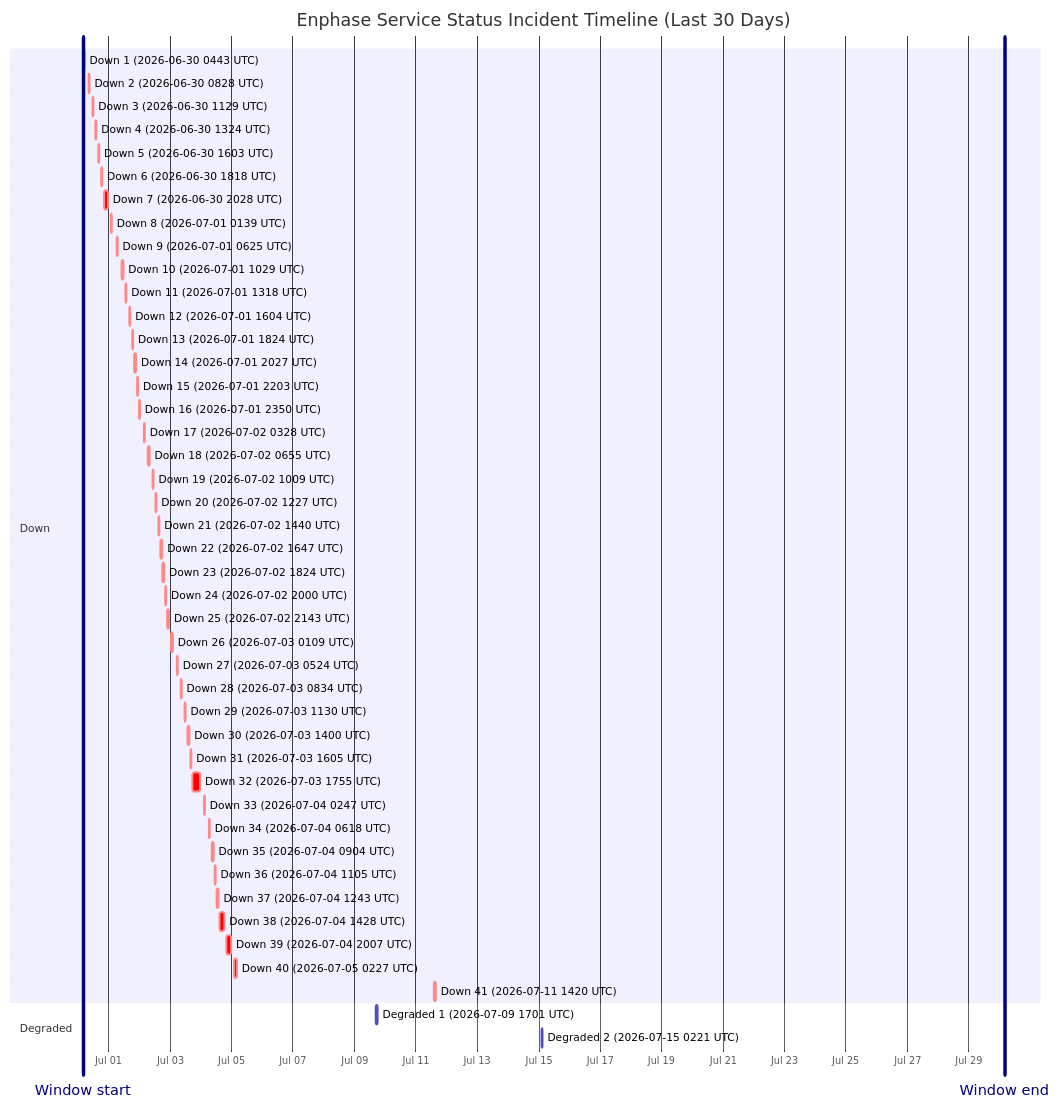
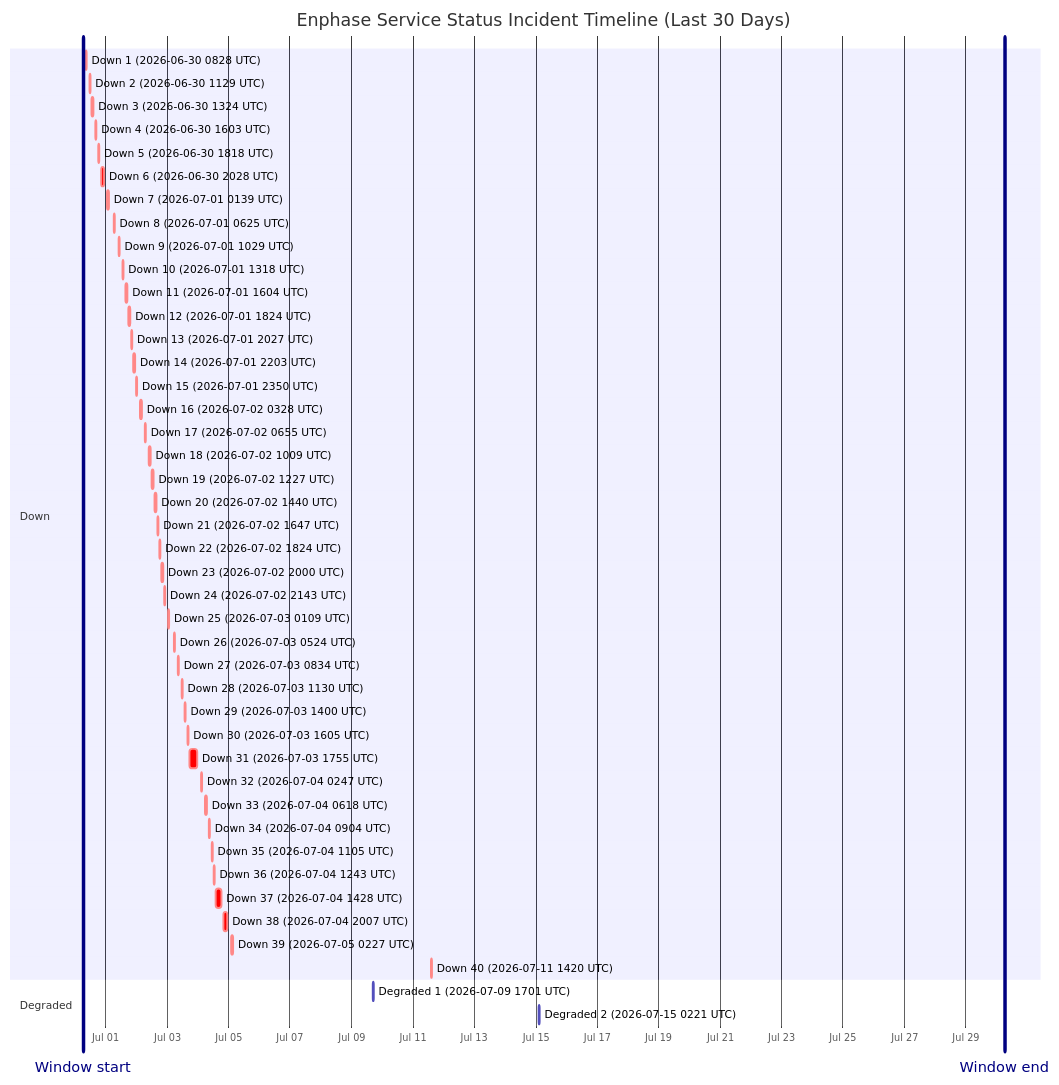
The diagram in wiki/Service-Status-History.md (barneyonline/ha-enphase-energy), drawn with Mermaid before and after one commit. The commit also changed other lines of this file and 3 other files, not shown here.

````diff
--- a/wiki/Service-Status-History.md
+++ b/wiki/Service-Status-History.md
@@ -14,53 +14,52 @@
 ```mermaid
 gantt
     title Enphase Service Status Incident Timeline (Last 30 Days)
     dateFormat  YYYY-MM-DDTHH:mm:ss
     axisFormat  %b %d
-    Window start :vert, window-start, 2026-06-30T03:55:11, 0ms
-    Window end :vert, window-end, 2026-07-30T03:55:11, 0ms
+    Window start :vert, window-start, 2026-06-30T06:26:01, 0ms
+    Window end :vert, window-end, 2026-07-30T06:26:01, 0ms
     section Down
-    Down 1 (2026-06-30 0443 UTC) :crit, down-1, 2026-06-30T04:43:54, 60m
-    Down 2 (2026-06-30 0828 UTC) :crit, down-2, 2026-06-30T08:28:43, 60m
-    Down 3 (2026-06-30 1129 UTC) :crit, down-3, 2026-06-30T11:29:15, 60m
-    Down 4 (2026-06-30 1324 UTC) :crit, down-4, 2026-06-30T13:24:25, 60m
-    Down 5 (2026-06-30 1603 UTC) :crit, down-5, 2026-06-30T16:03:26, 60m
-    Down 6 (2026-06-30 1818 UTC) :crit, down-6, 2026-06-30T18:18:39, 60m
-    Down 7 (2026-06-30 2028 UTC) :crit, down-7, 2026-06-30T20:28:54, 171m
-    Down 8 (2026-07-01 0139 UTC) :crit, down-8, 2026-07-01T01:39:18, 60m
-    Down 9 (2026-07-01 0625 UTC) :crit, down-9, 2026-07-01T06:25:35, 60m
-    Down 10 (2026-07-01 1029 UTC) :crit, down-10, 2026-07-01T10:29:24, 60m
-    Down 11 (2026-07-01 1318 UTC) :crit, down-11, 2026-07-01T13:18:31, 60m
-    Down 12 (2026-07-01 1604 UTC) :crit, down-12, 2026-07-01T16:04:29, 60m
-    Down 13 (2026-07-01 1824 UTC) :crit, down-13, 2026-07-01T18:24:21, 60m
-    Down 14 (2026-07-01 2027 UTC) :crit, down-14, 2026-07-01T20:27:17, 60m
-    Down 15 (2026-07-01 2203 UTC) :crit, down-15, 2026-07-01T22:03:46, 60m
-    Down 16 (2026-07-01 2350 UTC) :crit, down-16, 2026-07-01T23:50:52, 60m
-    Down 17 (2026-07-02 0328 UTC) :crit, down-17, 2026-07-02T03:28:33, 60m
-    Down 18 (2026-07-02 0655 UTC) :crit, down-18, 2026-07-02T06:55:07, 60m
-    Down 19 (2026-07-02 1009 UTC) :crit, down-19, 2026-07-02T10:09:15, 60m
-    Down 20 (2026-07-02 1227 UTC) :crit, down-20, 2026-07-02T12:27:49, 60m
-    Down 21 (2026-07-02 1440 UTC) :crit, down-21, 2026-07-02T14:40:53, 60m
-    Down 22 (2026-07-02 1647 UTC) :crit, down-22, 2026-07-02T16:47:47, 60m
-    Down 23 (2026-07-02 1824 UTC) :crit, down-23, 2026-07-02T18:24:26, 60m
-    Down 24 (2026-07-02 2000 UTC) :crit, down-24, 2026-07-02T20:00:57, 60m
-    Down 25 (2026-07-02 2143 UTC) :crit, down-25, 2026-07-02T21:43:52, 80m
-    Down 26 (2026-07-03 0109 UTC) :crit, down-26, 2026-07-03T01:09:19, 60m
-    Down 27 (2026-07-03 0524 UTC) :crit, down-27, 2026-07-03T05:24:23, 60m
-    Down 28 (2026-07-03 0834 UTC) :crit, down-28, 2026-07-03T08:34:05, 60m
-    Down 29 (2026-07-03 1130 UTC) :crit, down-29, 2026-07-03T11:30:41, 60m
-    Down 30 (2026-07-03 1400 UTC) :crit, down-30, 2026-07-03T14:00:48, 60m
-    Down 31 (2026-07-03 1605 UTC) :crit, down-31, 2026-07-03T16:05:49, 60m
-    Down 32 (2026-07-03 1755 UTC) :crit, down-32, 2026-07-03T17:55:54, 338m
-    Down 33 (2026-07-04 0247 UTC) :crit, down-33, 2026-07-04T02:47:22, 60m
-    Down 34 (2026-07-04 0618 UTC) :crit, down-34, 2026-07-04T06:18:09, 60m
-    Down 35 (2026-07-04 0904 UTC) :crit, down-35, 2026-07-04T09:04:41, 60m
-    Down 36 (2026-07-04 1105 UTC) :crit, down-36, 2026-07-04T11:05:21, 60m
-    Down 37 (2026-07-04 1243 UTC) :crit, down-37, 2026-07-04T12:43:25, 60m
-    Down 38 (2026-07-04 1428 UTC) :crit, down-38, 2026-07-04T14:28:07, 243m
-    Down 39 (2026-07-04 2007 UTC) :crit, down-39, 2026-07-04T20:07:50, 206m
-    Down 40 (2026-07-05 0227 UTC) :crit, down-40, 2026-07-05T02:27:32, 109m
-    Down 41 (2026-07-11 1420 UTC) :crit, down-41, 2026-07-11T14:20:54, 69m
+    Down 1 (2026-06-30 0828 UTC) :crit, down-1, 2026-06-30T08:28:43, 60m
+    Down 2 (2026-06-30 1129 UTC) :crit, down-2, 2026-06-30T11:29:15, 60m
+    Down 3 (2026-06-30 1324 UTC) :crit, down-3, 2026-06-30T13:24:25, 60m
+    Down 4 (2026-06-30 1603 UTC) :crit, down-4, 2026-06-30T16:03:26, 60m
+    Down 5 (2026-06-30 1818 UTC) :crit, down-5, 2026-06-30T18:18:39, 60m
+    Down 6 (2026-06-30 2028 UTC) :crit, down-6, 2026-06-30T20:28:54, 171m
+    Down 7 (2026-07-01 0139 UTC) :crit, down-7, 2026-07-01T01:39:18, 60m
+    Down 8 (2026-07-01 0625 UTC) :crit, down-8, 2026-07-01T06:25:35, 60m
+    Down 9 (2026-07-01 1029 UTC) :crit, down-9, 2026-07-01T10:29:24, 60m
+    Down 10 (2026-07-01 1318 UTC) :crit, down-10, 2026-07-01T13:18:31, 60m
+    Down 11 (2026-07-01 1604 UTC) :crit, down-11, 2026-07-01T16:04:29, 60m
+    Down 12 (2026-07-01 1824 UTC) :crit, down-12, 2026-07-01T18:24:21, 60m
+    Down 13 (2026-07-01 2027 UTC) :crit, down-13, 2026-07-01T20:27:17, 60m
+    Down 14 (2026-07-01 2203 UTC) :crit, down-14, 2026-07-01T22:03:46, 60m
+    Down 15 (2026-07-01 2350 UTC) :crit, down-15, 2026-07-01T23:50:52, 60m
+    Down 16 (2026-07-02 0328 UTC) :crit, down-16, 2026-07-02T03:28:33, 60m
+    Down 17 (2026-07-02 0655 UTC) :crit, down-17, 2026-07-02T06:55:07, 60m
+    Down 18 (2026-07-02 1009 UTC) :crit, down-18, 2026-07-02T10:09:15, 60m
+    Down 19 (2026-07-02 1227 UTC) :crit, down-19, 2026-07-02T12:27:49, 60m
+    Down 20 (2026-07-02 1440 UTC) :crit, down-20, 2026-07-02T14:40:53, 60m
+    Down 21 (2026-07-02 1647 UTC) :crit, down-21, 2026-07-02T16:47:47, 60m
+    Down 22 (2026-07-02 1824 UTC) :crit, down-22, 2026-07-02T18:24:26, 60m
+    Down 23 (2026-07-02 2000 UTC) :crit, down-23, 2026-07-02T20:00:57, 60m
+    Down 24 (2026-07-02 2143 UTC) :crit, down-24, 2026-07-02T21:43:52, 80m
+    Down 25 (2026-07-03 0109 UTC) :crit, down-25, 2026-07-03T01:09:19, 60m
+    Down 26 (2026-07-03 0524 UTC) :crit, down-26, 2026-07-03T05:24:23, 60m
+    Down 27 (2026-07-03 0834 UTC) :crit, down-27, 2026-07-03T08:34:05, 60m
+    Down 28 (2026-07-03 1130 UTC) :crit, down-28, 2026-07-03T11:30:41, 60m
+    Down 29 (2026-07-03 1400 UTC) :crit, down-29, 2026-07-03T14:00:48, 60m
+    Down 30 (2026-07-03 1605 UTC) :crit, down-30, 2026-07-03T16:05:49, 60m
+    Down 31 (2026-07-03 1755 UTC) :crit, down-31, 2026-07-03T17:55:54, 338m
+    Down 32 (2026-07-04 0247 UTC) :crit, down-32, 2026-07-04T02:47:22, 60m
+    Down 33 (2026-07-04 0618 UTC) :crit, down-33, 2026-07-04T06:18:09, 60m
+    Down 34 (2026-07-04 0904 UTC) :crit, down-34, 2026-07-04T09:04:41, 60m
+    Down 35 (2026-07-04 1105 UTC) :crit, down-35, 2026-07-04T11:05:21, 60m
+    Down 36 (2026-07-04 1243 UTC) :crit, down-36, 2026-07-04T12:43:25, 60m
+    Down 37 (2026-07-04 1428 UTC) :crit, down-37, 2026-07-04T14:28:07, 243m
+    Down 38 (2026-07-04 2007 UTC) :crit, down-38, 2026-07-04T20:07:50, 206m
+    Down 39 (2026-07-05 0227 UTC) :crit, down-39, 2026-07-05T02:27:32, 109m
+    Down 40 (2026-07-11 1420 UTC) :crit, down-40, 2026-07-11T14:20:54, 69m
     section Degraded
     Degraded 1 (2026-07-09 1701 UTC) :active, degraded-1, 2026-07-09T17:01:02, 60m
     Degraded 2 (2026-07-15 0221 UTC) :active, degraded-2, 2026-07-15T02:21:35, 60m
 ```
````
